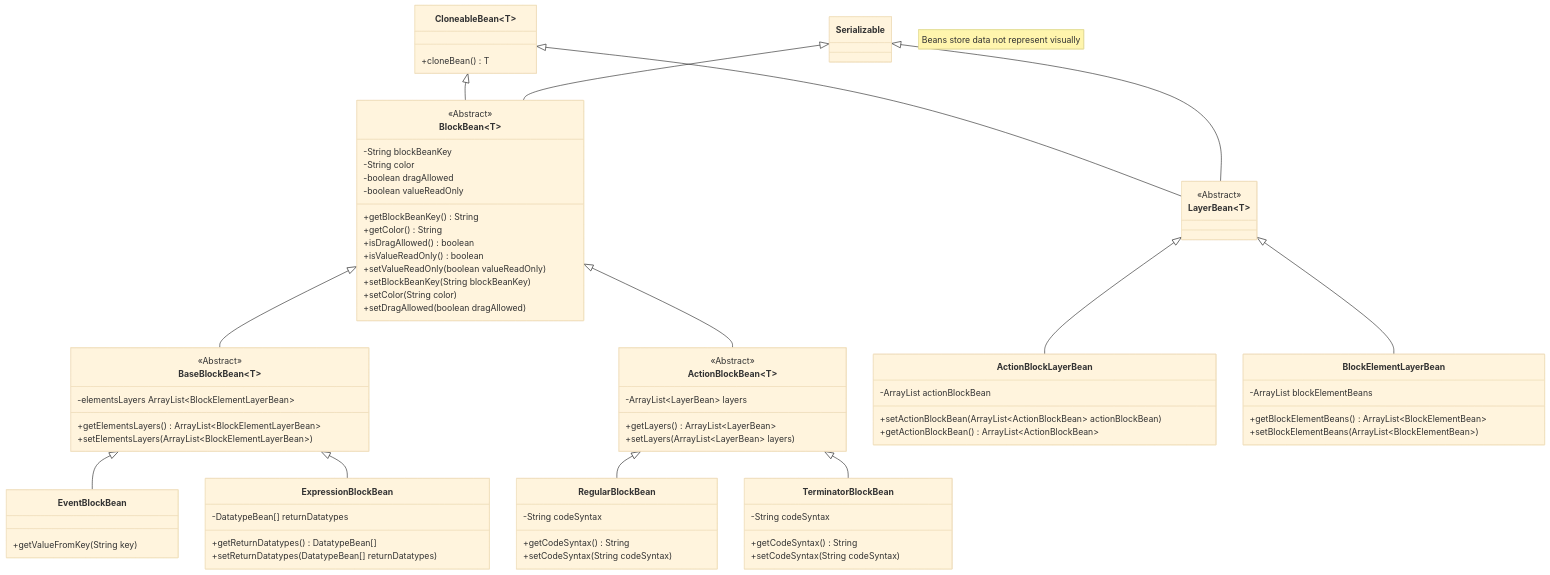
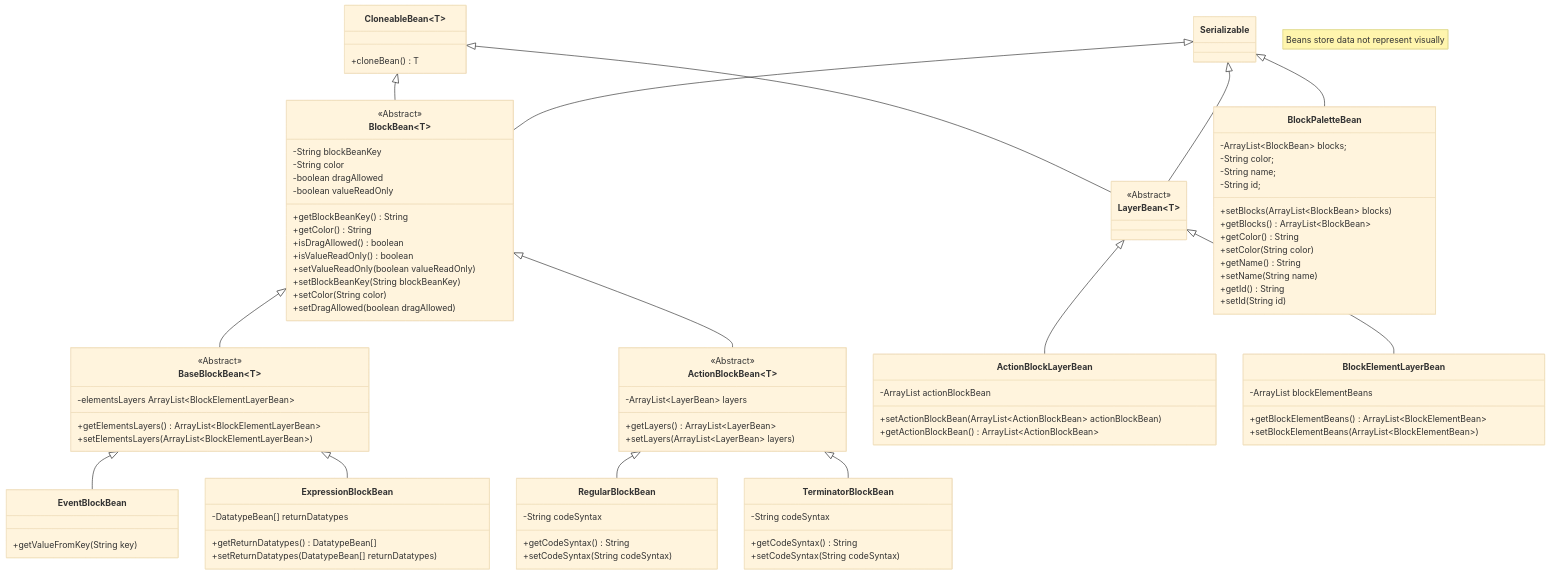
One commit to Innovative-CST/AndroidAppStudio changed the diagram in docs/beans-classes.md. Above: the diagram before and after it, drawn with Mermaid (base theme).

Commit message:
doc(uml): add UML of BlockPaletteBean

````diff
--- a/docs/beans-classes.md
+++ b/docs/beans-classes.md
@@ -79,7 +79,7 @@
         <<Abstract>>
     }
     CloneableBean~T~ <|-- LayerBean~T~
-    Serializable~T~ <|-- LayerBean~T~
+    Serializable <|-- LayerBean~T~
 
     class ActionBlockLayerBean {
         -ArrayList<ActionBlockBean> actionBlockBean
@@ -97,4 +97,20 @@
     }
     LayerBean~T~ <|-- BlockElementLayerBean
 
+    class BlockPaletteBean {
+        -ArrayList~BlockBean~ blocks;
+	    -String color;
+	    -String name;
+	    -String id;
+
+        +setBlocks(ArrayList~BlockBean~ blocks)
+        +getBlocks() ArrayList~BlockBean~
+        +getColor() String
+        +setColor(String color)
+        +getName() String
+        +setName(String name)
+        +getId() String
+        +setId(String id)
+    }
+    Serializable <|-- BlockPaletteBean
 ```
````
